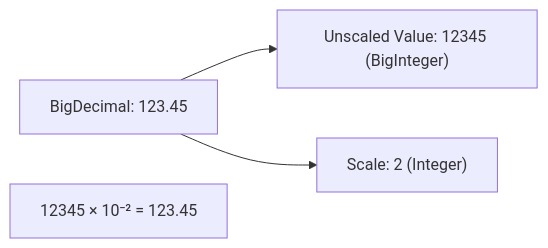
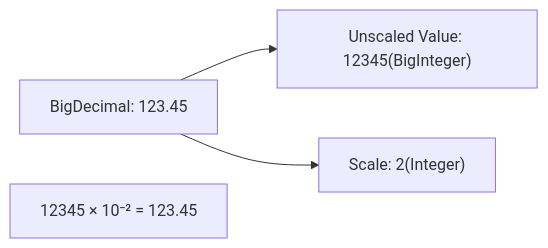
The diagram in content/questions/language/java/java-math-bigdecimal-precision.md (pploc/swe-icon-the-moment), drawn with Mermaid before and after one commit. The commit also changed 138 other files, not shown here.

````diff
--- a/content/questions/language/java/java-math-bigdecimal-precision.md
+++ b/content/questions/language/java/java-math-bigdecimal-precision.md
@@ -34,6 +34,8 @@
 ```mermaid
 flowchart LR
-    BigDecimal["BigDecimal: 123.45"] --> Unscaled["Unscaled Value: 12345 (BigInteger)"]
-    BigDecimal --> Scale["Scale: 2 (Integer)"]
+    BigDecimal["BigDecimal: 123.45"] --> Unscaled["Unscaled Value: 12345(BigInteger)"]
+    BigDecimal --> Scale["Scale: 2(Integer)"]
     Math["12345 × 10⁻² = 123.45"]
+
+
 ```
````
